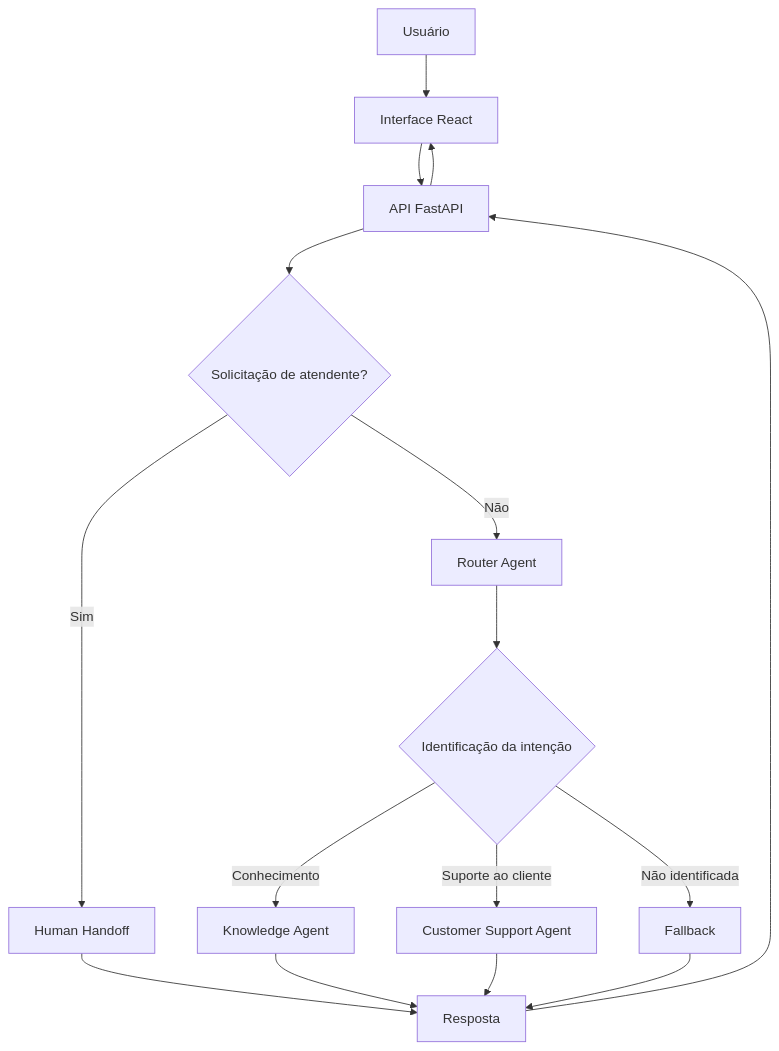
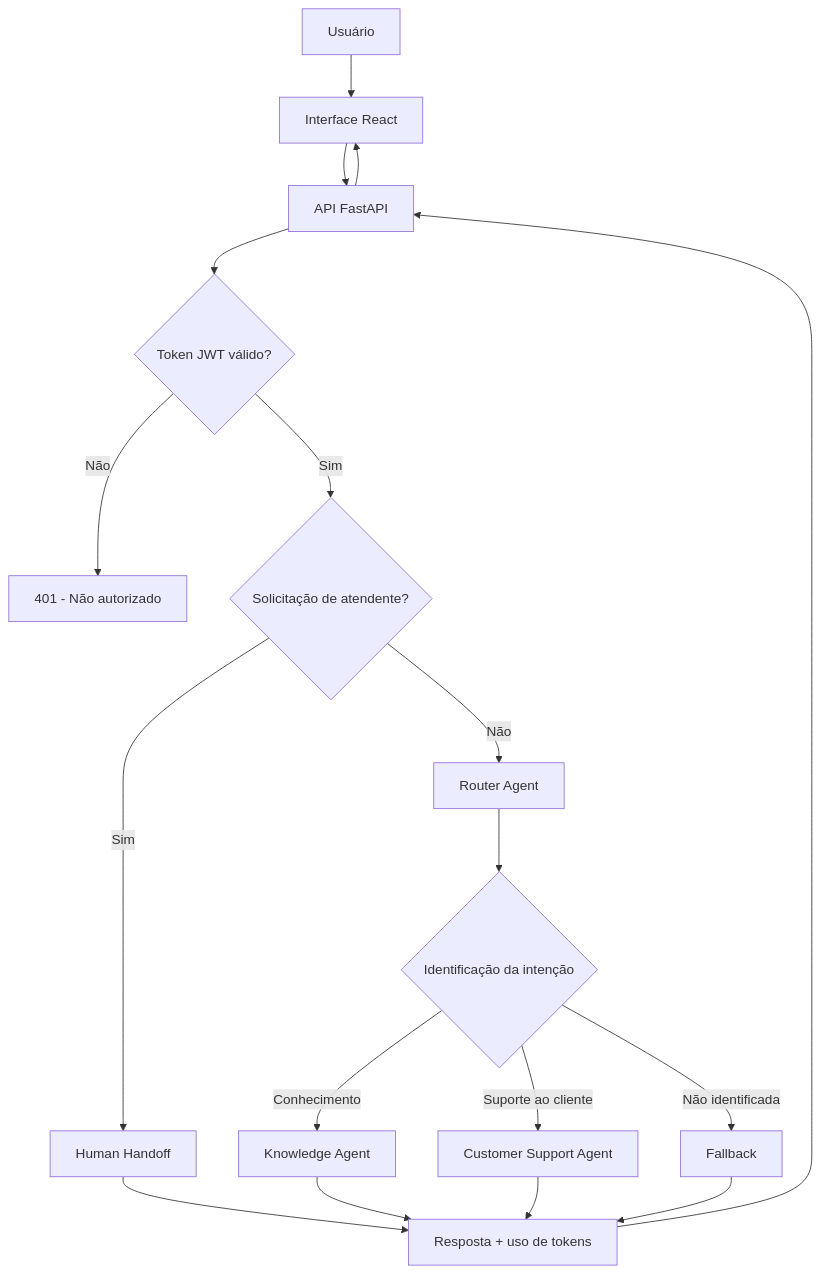
Before and after one commit to Rabello04/Desafio_IA: the diagram in README.md, drawn with Mermaid. The commit also changed other lines of this file and 16 other files, not shown here.

Commit message:
Add JWT authentication and token usage tracking

````diff
--- a/README.md
+++ b/README.md
@@ -36,18 +40,20 @@
 ```mermaid
 flowchart TD
     A[Usuário] --> B[Interface React]
     B --> C[API FastAPI]
-    C --> D{Solicitação de atendente?}
-    D -->|Sim| E[Human Handoff]
-    D -->|Não| F[Router Agent]
-    F --> G{Identificação da intenção}
-    G -->|Conhecimento| H[Knowledge Agent]
-    G -->|Suporte ao cliente| I[Customer Support Agent]
-    G -->|Não identificada| J[Fallback]
-    H --> K[Resposta]
-    I --> K
-    E --> K
-    J --> K
-    K --> C
+    C --> D{Token JWT válido?}
+    D -->|Não| X[401 - Não autorizado]
+    D -->|Sim| E{Solicitação de atendente?}
+    E -->|Sim| F[Human Handoff]
+    E -->|Não| G[Router Agent]
+    G --> H{Identificação da intenção}
+    H -->|Conhecimento| I[Knowledge Agent]
+    H -->|Suporte ao cliente| J[Customer Support Agent]
+    H -->|Não identificada| K[Fallback]
+    I --> L[Resposta + uso de tokens]
+    J --> L
+    F --> L
+    K --> L
+    L --> C
     C --> B
 ```
````
